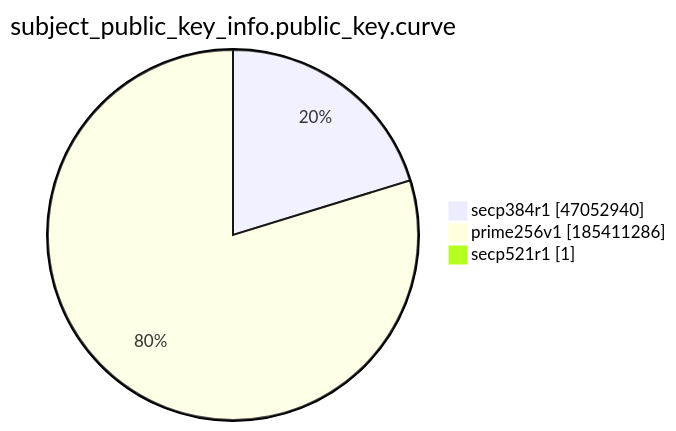
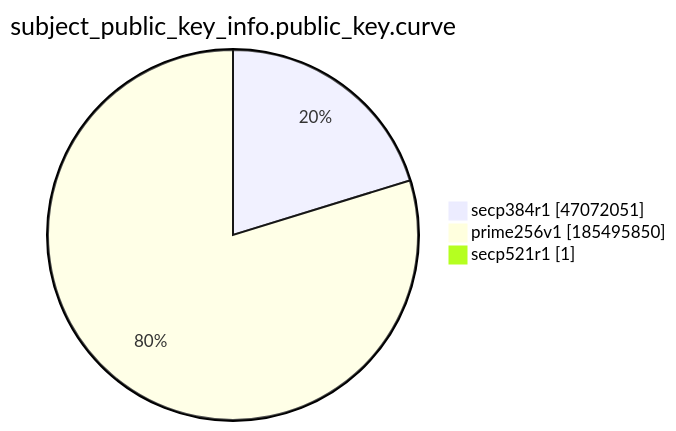
One commit to christiankrug/ctmonitor_visualization changed the ninth of 15 diagrams in xenon2022/README.md. Above: the diagram before and after it, drawn with Mermaid. The commit also changed other lines of this file, not shown here.

````diff
--- a/xenon2022/README.md
+++ b/xenon2022/README.md
@@ -2874,7 +2874,7 @@
 ```mermaid
 pie showData
 title subject_public_key_info.public_key.curve
-"secp384r1" :47052940
-"prime256v1" :185411286
+"secp384r1" :47072051
+"prime256v1" :185495850
 "secp521r1" :1
 ```
````
